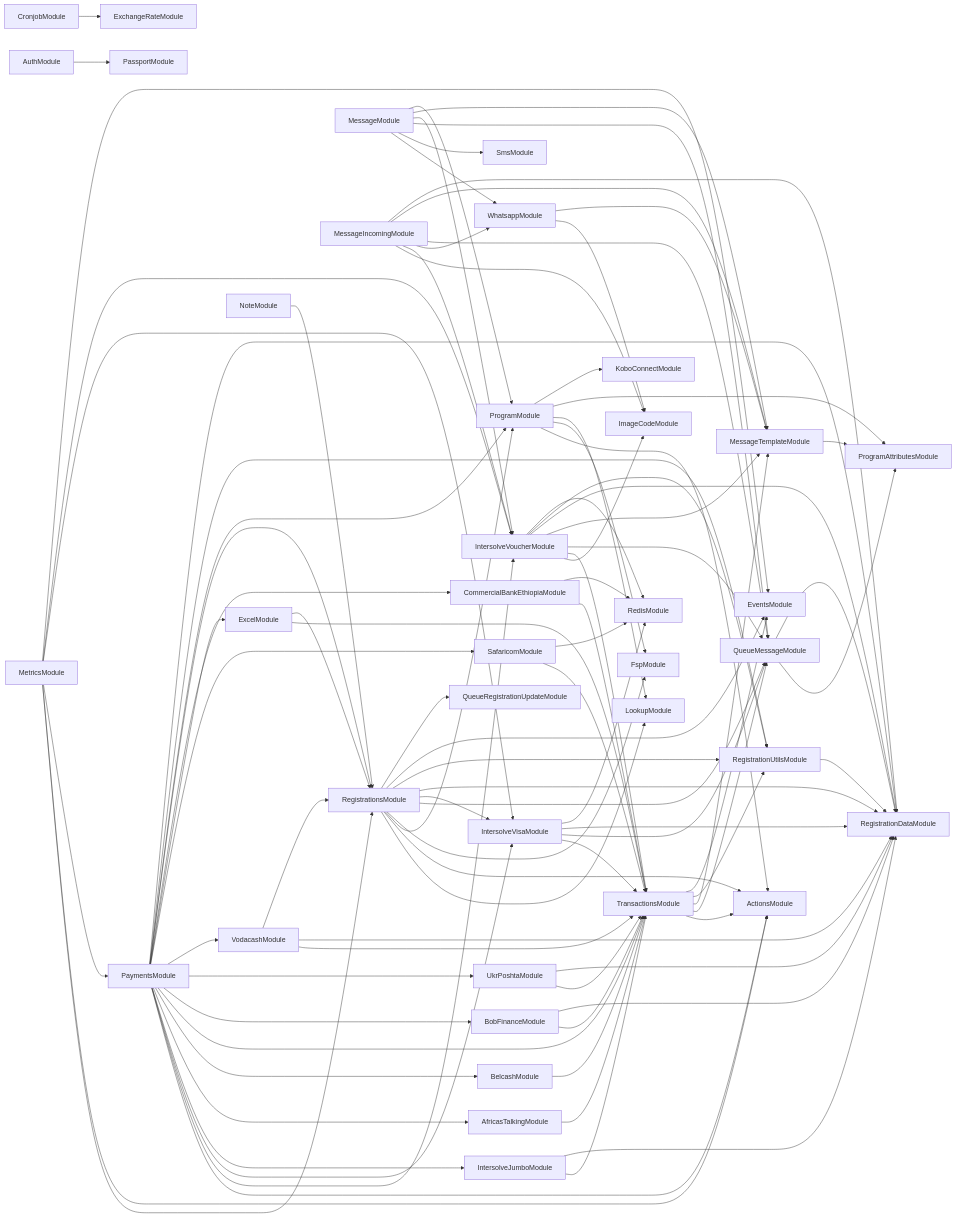
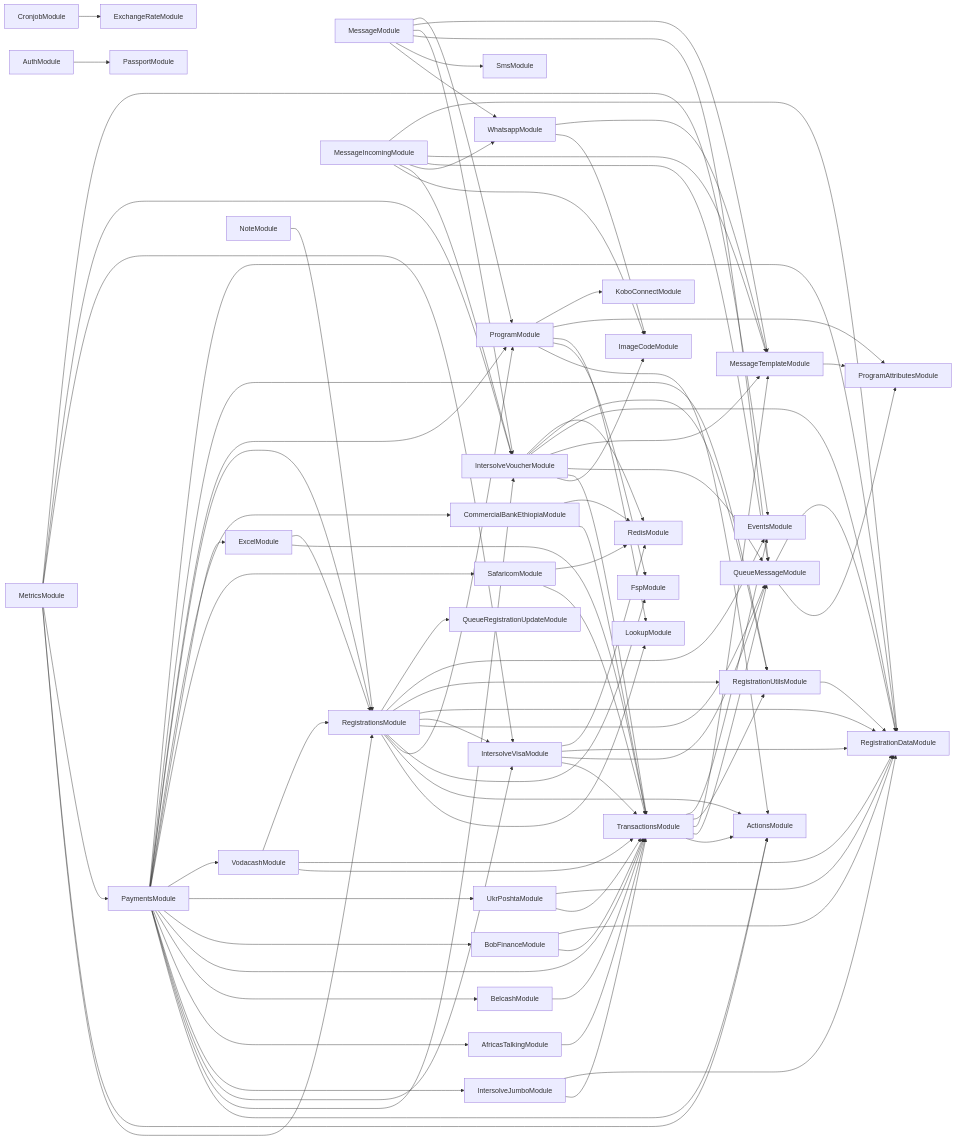
One commit to global-121/121-platform changed the diagram in services/121-service/module-dependencies.md. Above: the diagram before and after it, drawn with Mermaid. The commit also changed other lines of this file and 1 other file, not shown here.

Commit message:
Remove Registrations Module dependency

```diff
--- a/services/121-service/module-dependencies.md
+++ b/services/121-service/module-dependencies.md
@@ -9,36 +9,22 @@
   ProgramModule-->LookupModule
   ProgramModule-->ProgramAttributesModule
   ProgramModule-->KoboConnectModule
-  RegistrationsModule-->LookupModule
-  RegistrationsModule-->ActionsModule
-  RegistrationsModule-->ProgramModule
-  RegistrationsModule-->FspModule
-  RegistrationsModule-->QueueMessageModule
+  MessageModule-->WhatsappModule
+  WhatsappModule-->ImageCodeModule
+  WhatsappModule-->MessageTemplateModule
+  MessageModule-->SmsModule
+  MessageModule-->QueueMessageModule
   QueueMessageModule-->ProgramAttributesModule
   QueueMessageModule-->RegistrationDataModule
-  RegistrationsModule-->IntersolveVisaModule
-  IntersolveVisaModule-->TransactionsModule
+  MessageModule-->IntersolveVoucherModule
+  IntersolveVoucherModule-->ImageCodeModule
+  IntersolveVoucherModule-->TransactionsModule
   TransactionsModule-->ActionsModule
   TransactionsModule-->QueueMessageModule
   TransactionsModule-->MessageTemplateModule
   TransactionsModule-->RegistrationUtilsModule
   RegistrationUtilsModule-->RegistrationDataModule
   TransactionsModule-->EventsModule
-  IntersolveVisaModule-->QueueMessageModule
-  IntersolveVisaModule-->RegistrationDataModule
-  IntersolveVisaModule-->RedisModule
-  RegistrationsModule-->RegistrationDataModule
-  RegistrationsModule-->RegistrationUtilsModule
-  RegistrationsModule-->EventsModule
-  RegistrationsModule-->QueueRegistrationUpdateModule
-  MessageModule-->WhatsappModule
-  WhatsappModule-->ImageCodeModule
-  WhatsappModule-->MessageTemplateModule
-  MessageModule-->SmsModule
-  MessageModule-->QueueMessageModule
-  MessageModule-->IntersolveVoucherModule
-  IntersolveVoucherModule-->ImageCodeModule
-  IntersolveVoucherModule-->TransactionsModule
   IntersolveVoucherModule-->QueueMessageModule
   IntersolveVoucherModule-->MessageTemplateModule
   IntersolveVoucherModule-->RegistrationDataModule
@@ -47,6 +33,20 @@
   MessageModule-->MessageTemplateModule
   MessageModule-->ProgramModule
   MetricsModule-->RegistrationsModule
+  RegistrationsModule-->LookupModule
+  RegistrationsModule-->ActionsModule
+  RegistrationsModule-->ProgramModule
+  RegistrationsModule-->FspModule
+  RegistrationsModule-->QueueMessageModule
+  RegistrationsModule-->IntersolveVisaModule
+  IntersolveVisaModule-->TransactionsModule
+  IntersolveVisaModule-->QueueMessageModule
+  IntersolveVisaModule-->RegistrationDataModule
+  IntersolveVisaModule-->RedisModule
+  RegistrationsModule-->RegistrationDataModule
+  RegistrationsModule-->RegistrationUtilsModule
+  RegistrationsModule-->EventsModule
+  RegistrationsModule-->QueueRegistrationUpdateModule
   MetricsModule-->ActionsModule
   MetricsModule-->PaymentsModule
   PaymentsModule-->ActionsModule
```
